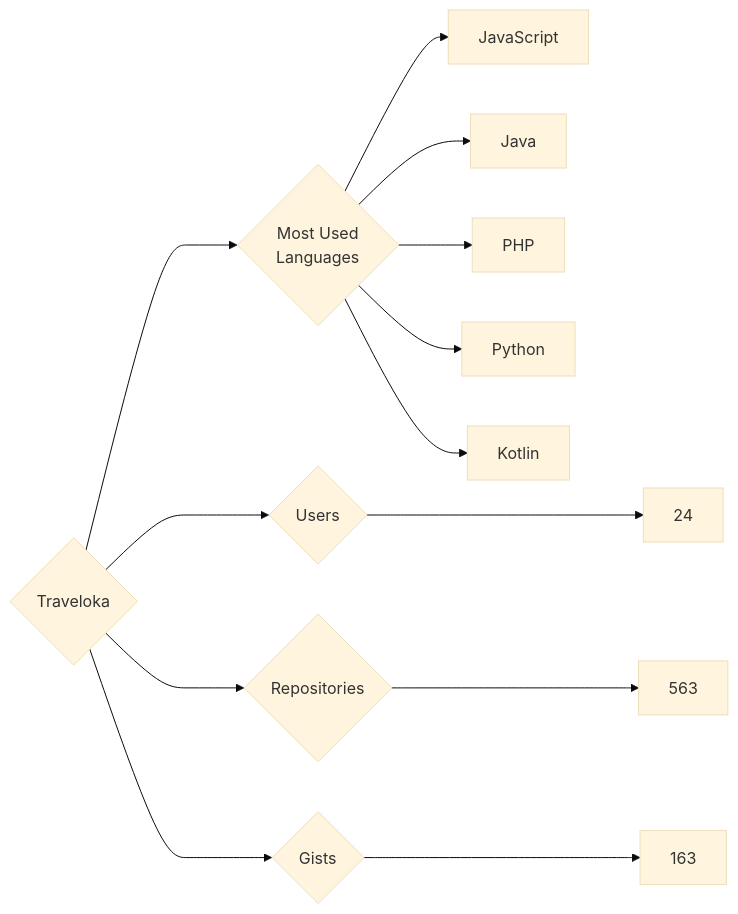
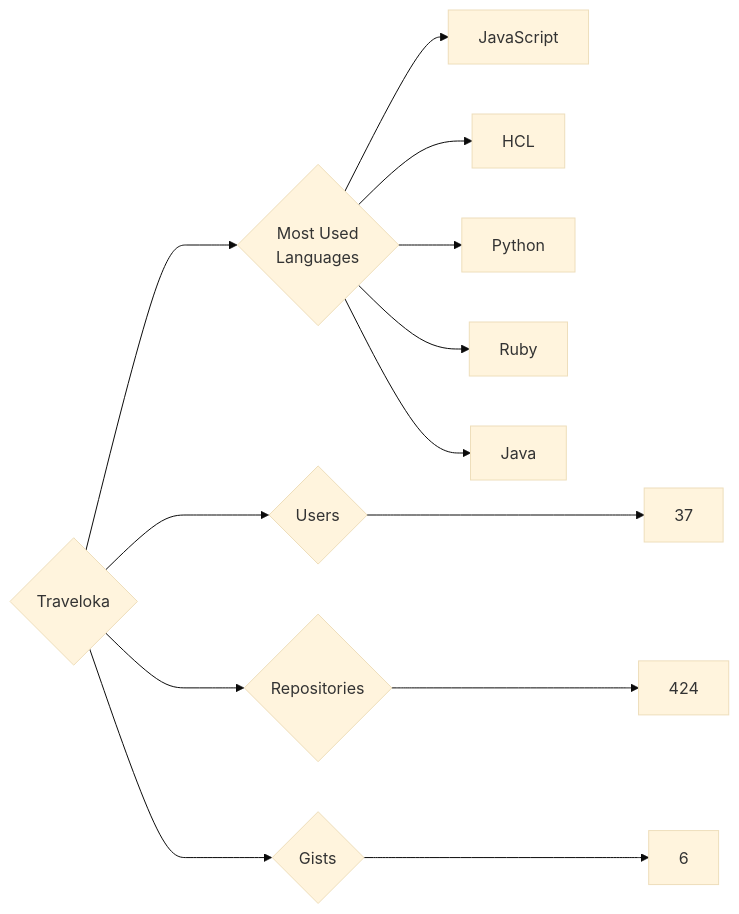
Before and after one commit to trickest/insiders: the diagram in targets/Traveloka/README.md, drawn with Mermaid (base theme). The commit also changed 597 other files, not shown here.

````diff
--- a/targets/Traveloka/README.md
+++ b/targets/Traveloka/README.md
@@ -3,13 +3,13 @@
 ```mermaid
 graph LR
 COMPANY_NAME{Traveloka}
-COMPANY_NAME ---> U{Users} ---> UN[24]
-COMPANY_NAME ---> R{Repositories} ---> RN[563]
-COMPANY_NAME ---> G{Gists} ---> GN[163]
+COMPANY_NAME ---> U{Users} ---> UN[37]
+COMPANY_NAME ---> R{Repositories} ---> RN[424]
+COMPANY_NAME ---> G{Gists} ---> GN[6]
 COMPANY_NAME ---> ML{Most Used<br>Languages}
 ML --> JavaScript[JavaScript]
+ML --> HCL[HCL]
+ML --> Python[Python]
+ML --> Ruby[Ruby]
 ML --> Java[Java]
-ML --> PHP[PHP]
-ML --> Python[Python]
-ML --> Kotlin[Kotlin]
 ```
````
